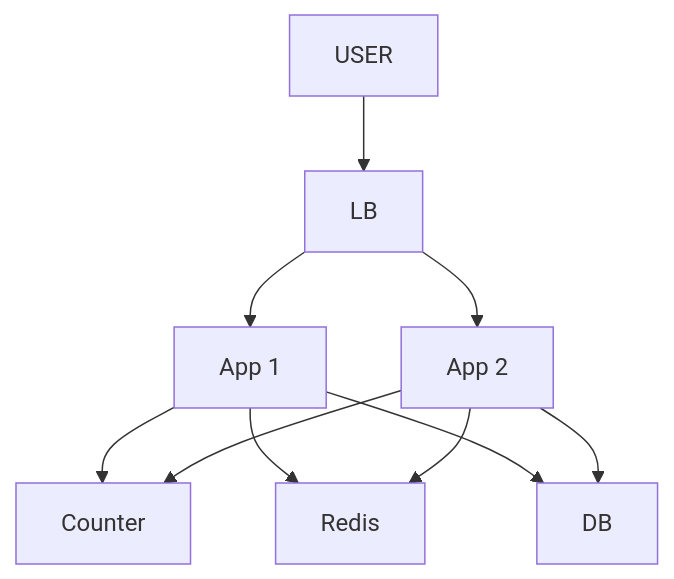
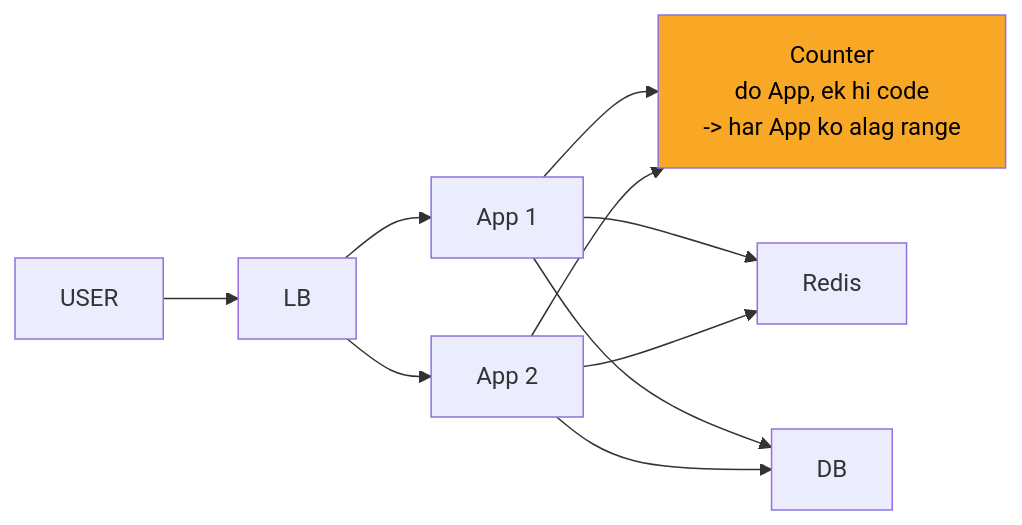
One commit to ArpanMaheshwari144/Prep changed the fourth of 10 diagrams in 04_HLD/SYSTEM_DESIGNS/01_url_shortener/01_url_shortener.md. Above: the diagram before and after it, drawn with Mermaid. The commit also changed other lines of this file and 2 other files, not shown here.

Commit message:
url shortener, rate limiter, twitter: one-day story, short cards, follow-ups with rules, highlighted diagrams

````diff
--- a/04_HLD/SYSTEM_DESIGNS/01_url_shortener/01_url_shortener.md
+++ b/04_HLD/SYSTEM_DESIGNS/01_url_shortener/01_url_shortener.md
@@ -181,19 +181,20 @@
 ```mermaid
-flowchart TD
+flowchart LR
     n_USER["USER"]
     n_LB["LB"]
     n_App_x_N_1["App 1"]
     n_App_x_N_2["App 2"]
-    n_Counter["Counter"]
+    n_Counter["Counter<br/>do App, ek hi code<br/>-> har App ko alag range"]
     n_Redis["Redis"]
     n_DB["DB"]
     n_USER --> n_LB
     n_LB --> n_App_x_N_1
     n_LB --> n_App_x_N_2
     n_App_x_N_1 --> n_Counter
     n_App_x_N_2 --> n_Counter
     n_App_x_N_1 --> n_Redis
     n_App_x_N_2 --> n_Redis
     n_App_x_N_1 --> n_DB
     n_App_x_N_2 --> n_DB
+    style n_Counter fill:#f9a825,color:#000
 ```
````
